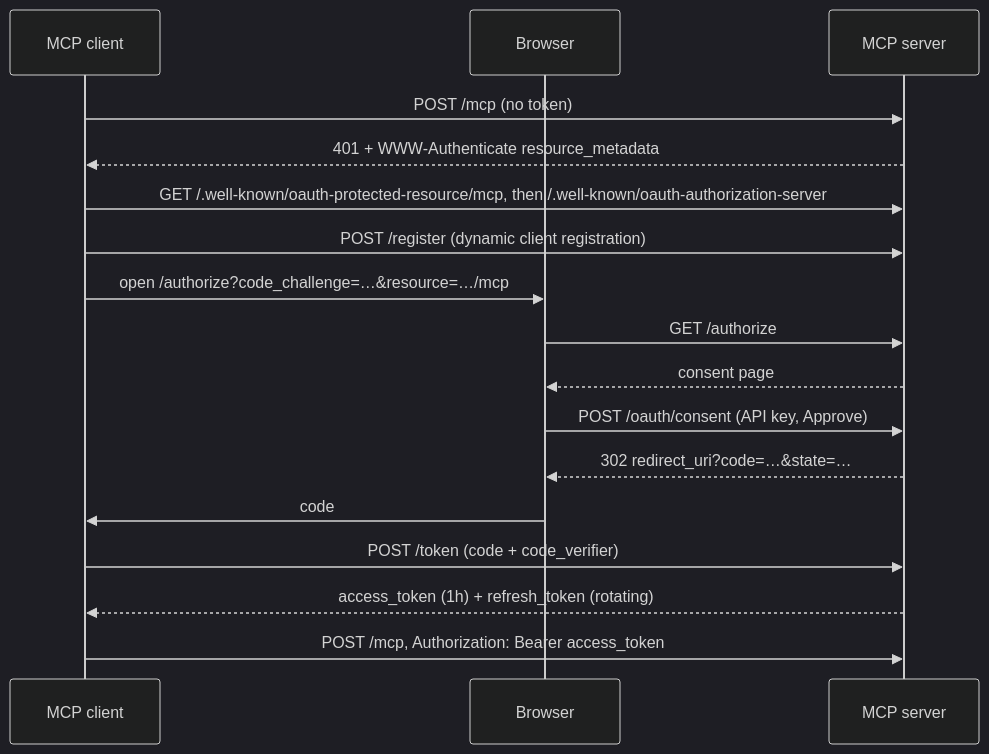
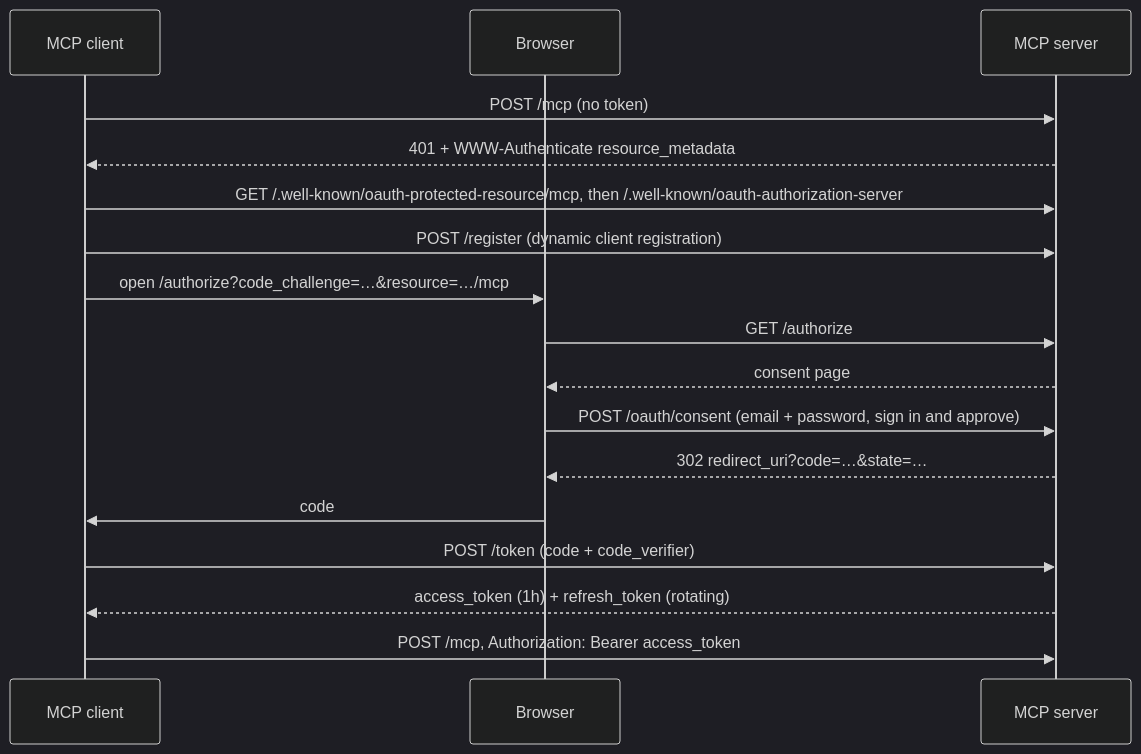
The first of 2 diagrams in README.md (ozpool/company-intel-mcp), drawn with Mermaid (dark theme) before and after one commit. The commit also changed other lines of this file and 2 other files, not shown here.

First line of the commit message:
docs(repo): describe oauth-only sign-in in readme and diagram

````diff
--- a/README.md
+++ b/README.md
@@ -163,19 +154,19 @@
 ```mermaid
 sequenceDiagram
     participant C as MCP client
     participant B as Browser
     participant S as MCP server
     C->>S: POST /mcp (no token)
     S-->>C: 401 + WWW-Authenticate resource_metadata
     C->>S: GET /.well-known/oauth-protected-resource/mcp, then /.well-known/oauth-authorization-server
     C->>S: POST /register (dynamic client registration)
     C->>B: open /authorize?code_challenge=…&resource=…/mcp
     B->>S: GET /authorize
     S-->>B: consent page
-    B->>S: POST /oauth/consent (API key, Approve)
+    B->>S: POST /oauth/consent (email + password, sign in and approve)
     S-->>B: 302 redirect_uri?code=…&state=…
     B->>C: code
     C->>S: POST /token (code + code_verifier)
     S-->>C: access_token (1h) + refresh_token (rotating)
     C->>S: POST /mcp, Authorization: Bearer access_token
 ```
````
